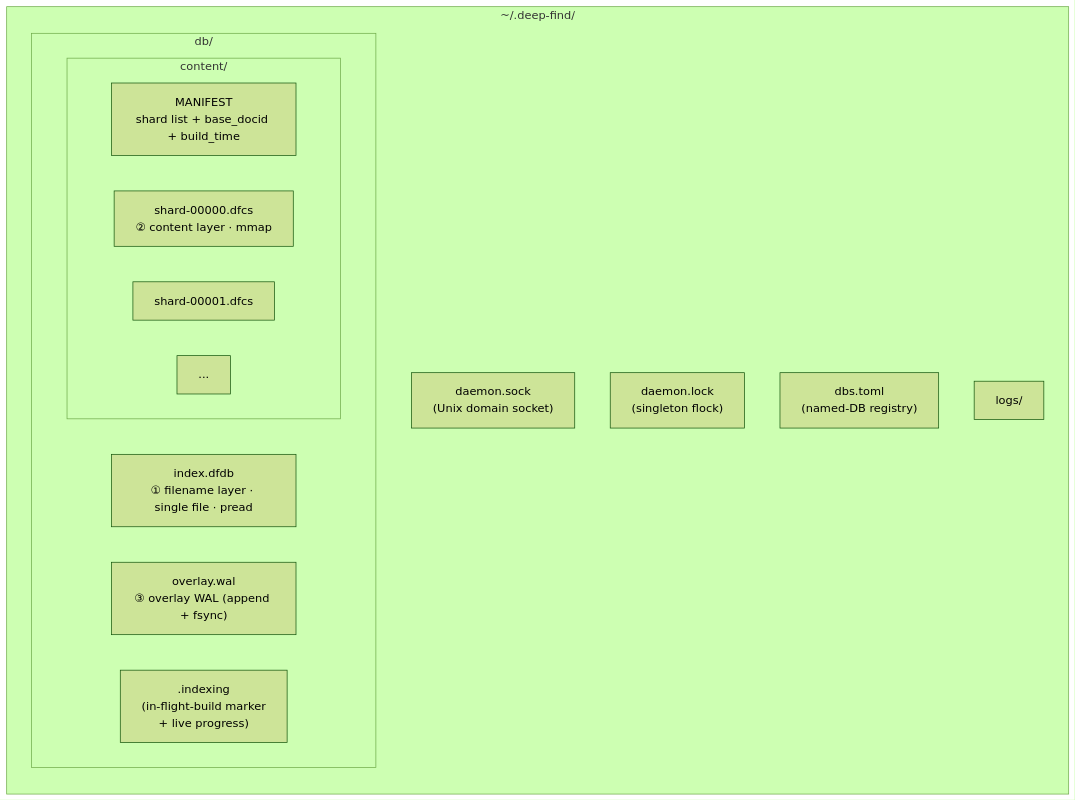
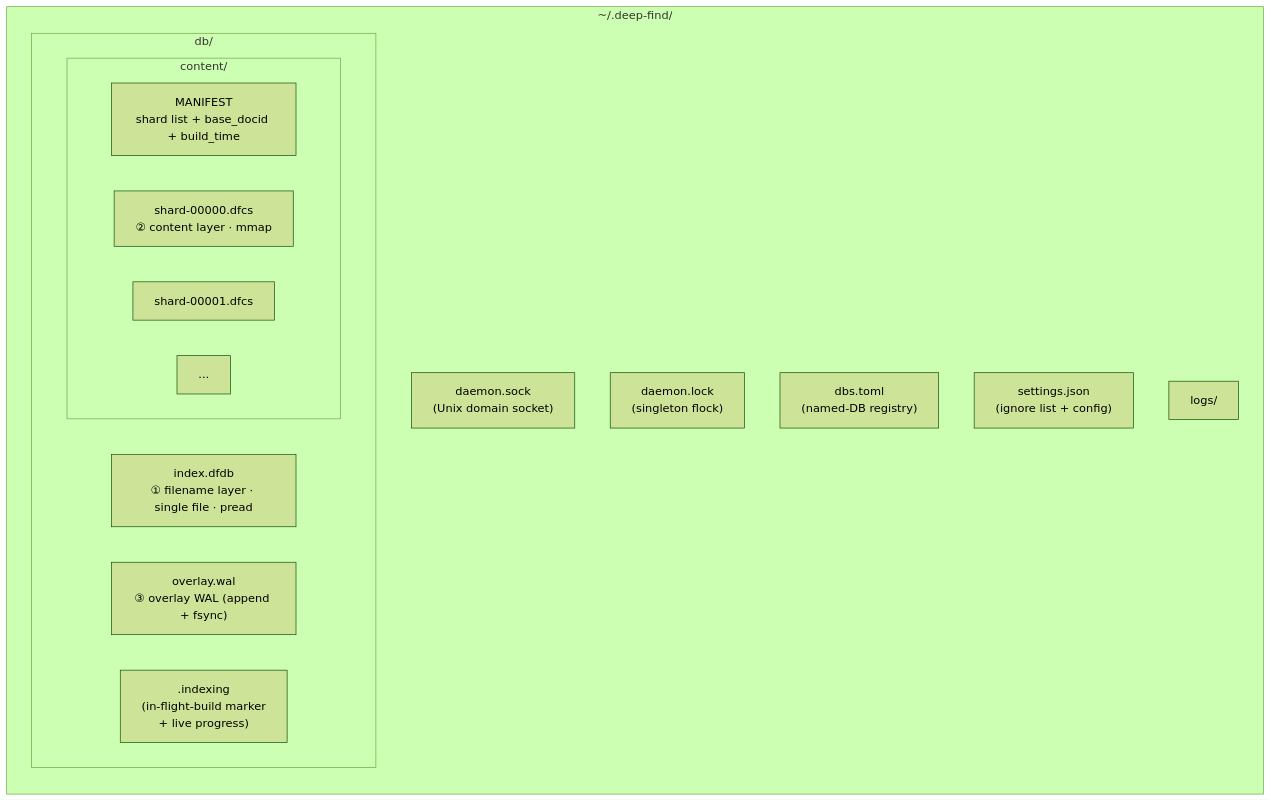
Before and after one commit to nadav-cheung/DeepFinder: the third of 6 diagrams in docs/architecture.md, drawn with Mermaid (forest theme). The commit also changed other lines of this file and 2 other files, not shown here.

First line of the commit message:
docs: document settings.json ignore list + config subcommand

````diff
--- a/docs/architecture.md
+++ b/docs/architecture.md
@@ -102,20 +102,21 @@
 ```mermaid
 flowchart LR
     subgraph home["~/.deep-find/"]
         SOCK["daemon.sock<br/>(Unix domain socket)"]
         LOCK["daemon.lock<br/>(singleton flock)"]
         REG["dbs.toml<br/>(named-DB registry)"]
+        SET["settings.json<br/>(ignore list + config)"]
         subgraph dbdir["db/"]
             FN["index.dfdb<br/>① filename layer · single file · pread"]
             WAL["overlay.wal<br/>③ overlay WAL (append + fsync)"]
             MK[".indexing<br/>(in-flight-build marker<br/>+ live progress)"]
             subgraph cdir["content/"]
                 MAN["MANIFEST<br/>shard list + base_docid + build_time"]
                 S1["shard-00000.dfcs<br/>② content layer · mmap"]
                 S2["shard-00001.dfcs"]
                 SN["..."]
             end
         end
         LOGS["logs/"]
     end
 ```
````
